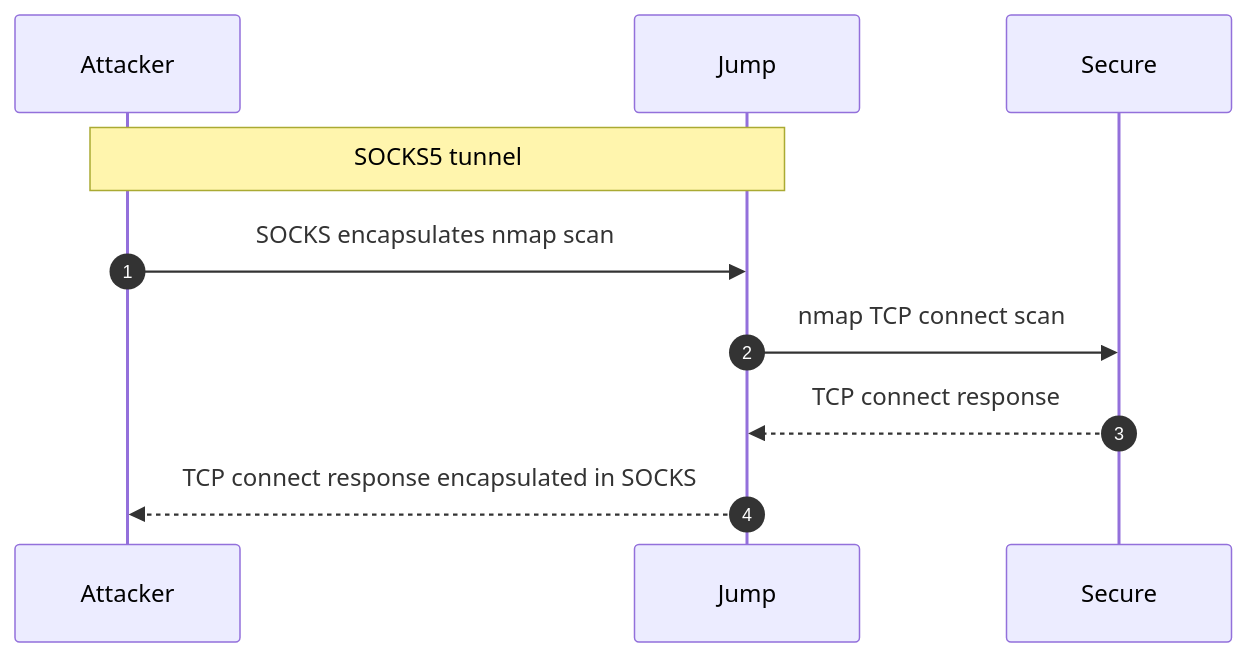
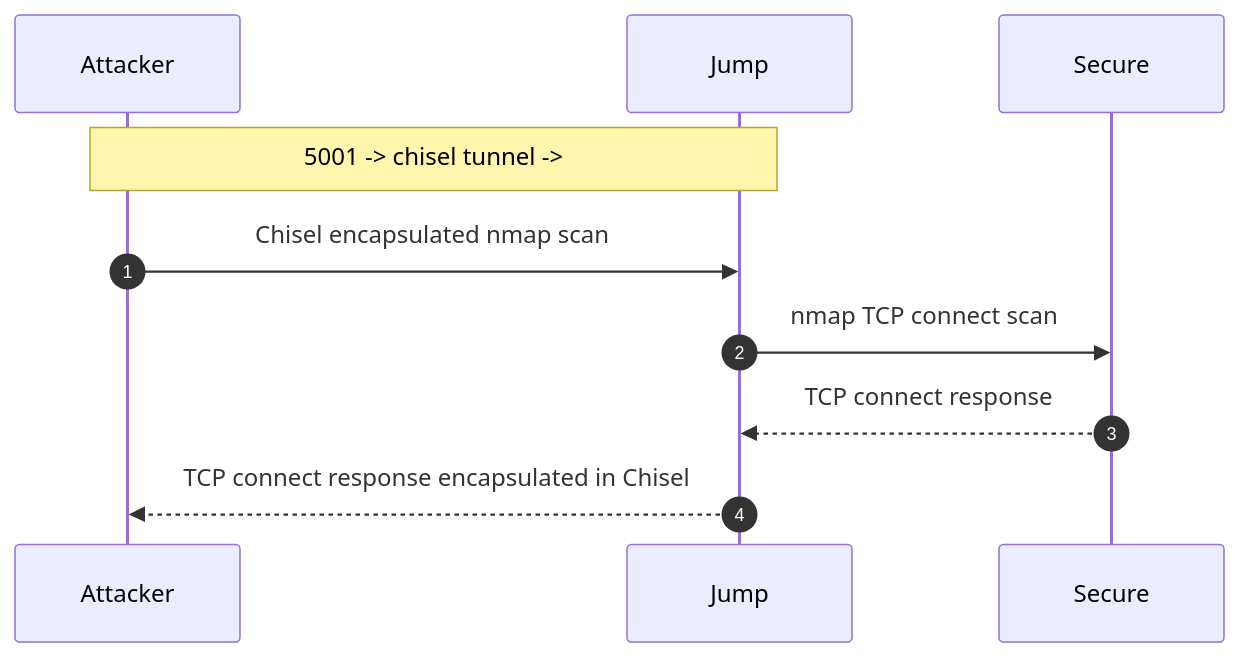
One commit to Sophtix/hackeriot_ctf changed the third of 5 diagrams in network_tunneling_pivoting_workshop_diagrams.md. Above: the diagram before and after it, drawn with Mermaid. The commit also changed other lines of this file, not shown here.

Commit message:
updated diagrams

````diff
--- a/network_tunneling_pivoting_workshop_diagrams.md
+++ b/network_tunneling_pivoting_workshop_diagrams.md
@@ -79,13 +80,13 @@
 ```mermaid
 sequenceDiagram
   autonumber
   participant A as Attacker
   participant J as Jump
   participant S as Secure
 
-  Note over A,J: SOCKS5 tunnel
-  A->>J: SOCKS encapsulates nmap scan
+  Note over A,J: 5001 -> chisel tunnel ->
+  A->>J: Chisel encapsulated nmap scan
   J->>S: nmap TCP connect scan
   S-->>J: TCP connect response
-  J-->>A: TCP connect response encapsulated in SOCKS
+  J-->>A: TCP connect response encapsulated in Chisel
 ```
````
